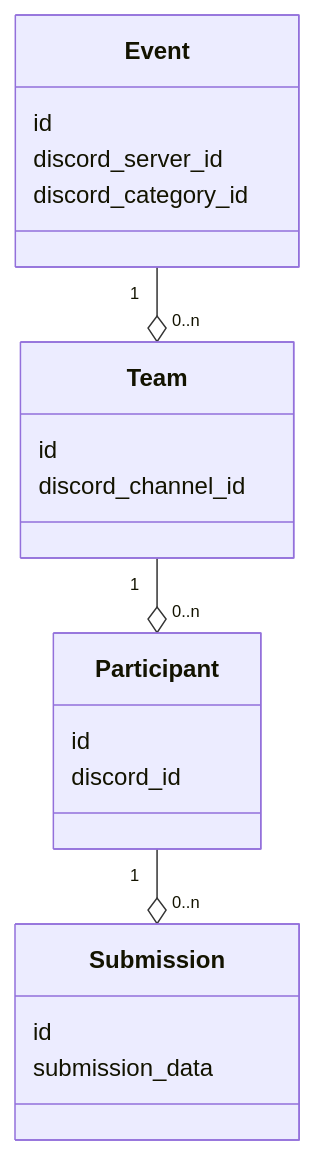
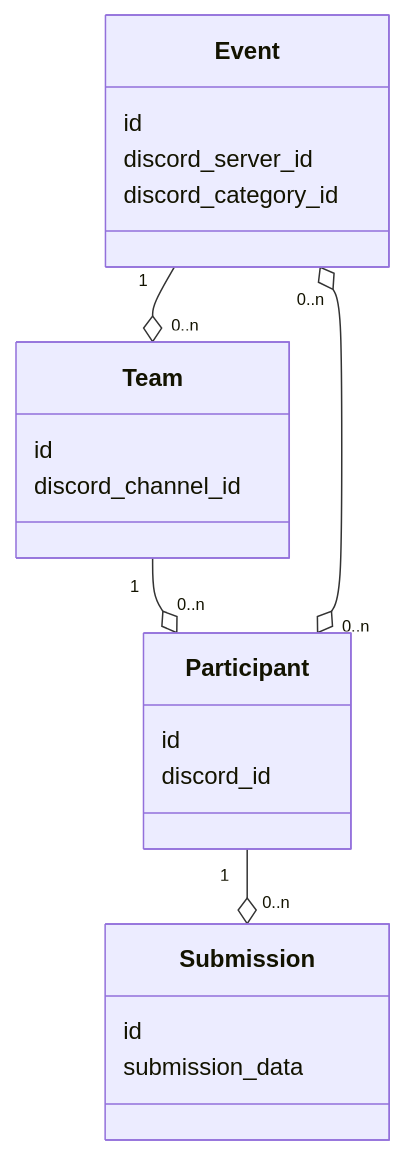
The first of 2 diagrams in migration/SCHEMA.md (CarletonComputerScienceSociety/discord-challenge-bot), drawn with Mermaid before and after one commit. The commit also changed 7 other files, not shown here.

````diff
--- a/migration/SCHEMA.md
+++ b/migration/SCHEMA.md
@@ -3,29 +3,30 @@
 ```mermaid
 classDiagram
   direction TB
 
   class Event {
     id
     discord_server_id
     discord_category_id
   }
 
   class Participant {
     id
     discord_id
   }
 
   class Team {
     id
     discord_channel_id
   }
 
   class Submission {
     id
     submission_data
   }
 
   Event "1" --o "0..n" Team
   Team "1" --o "0..n" Participant
+  Event "0..n" o--o "0..n" Participant
   Participant "1" --o "0..n" Submission
 ```
````
